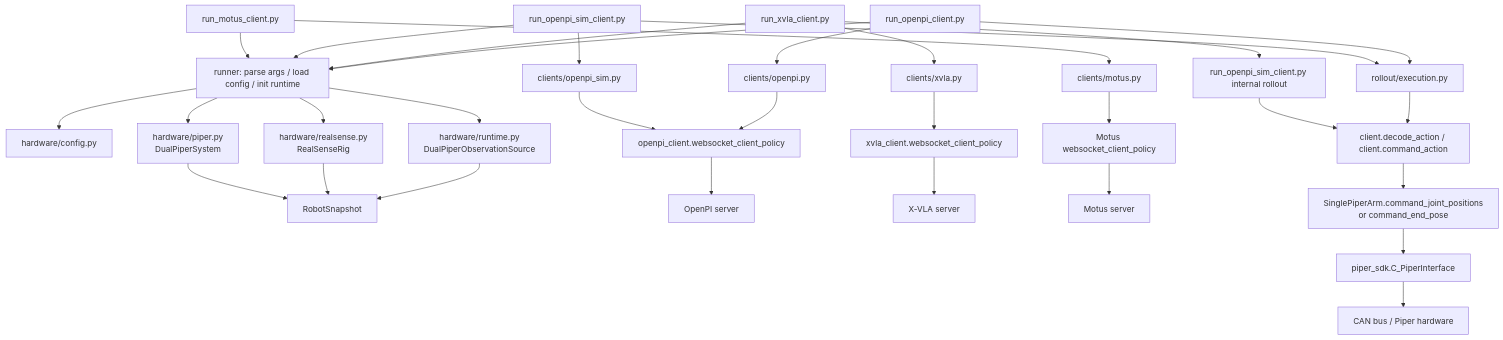
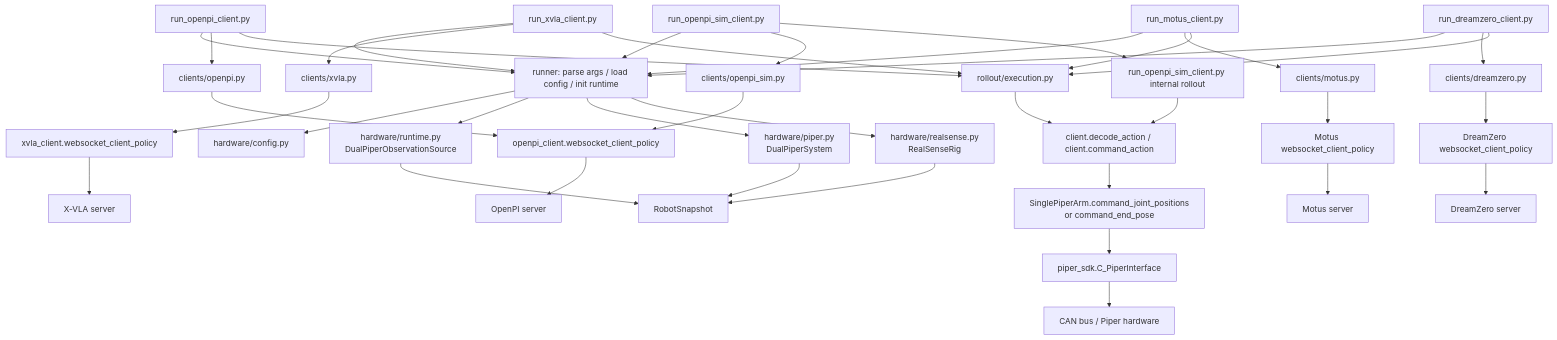
The first of 6 diagrams in docs/deploy_call_chain.md (ZhaoRunyi/challenge_deploy), drawn with Mermaid before and after one commit. The commit also changed other lines of this file and 26 other files, not shown here.

````diff
--- a/docs/deploy_call_chain.md
+++ b/docs/deploy_call_chain.md
@@ -22,41 +23,47 @@
 ```mermaid
 flowchart TD
     A[run_openpi_client.py] --> R
     B[run_xvla_client.py] --> R
     C[run_openpi_sim_client.py] --> R
     D[run_motus_client.py] --> R
+    E[run_dreamzero_client.py] --> R
 
     R[runner: parse args / load config / init runtime] --> CFG[hardware/config.py]
     R --> OBS[hardware/runtime.py<br/>DualPiperObservationSource]
     R --> ROBOT[hardware/piper.py<br/>DualPiperSystem]
     R --> CAM[hardware/realsense.py<br/>RealSenseRig]
 
     OBS --> SNAP[RobotSnapshot]
     CAM --> SNAP
     ROBOT --> SNAP
 
     A --> OA[clients/openpi.py]
     B --> XA[clients/xvla.py]
     C --> SA[clients/openpi_sim.py]
     D --> MA[clients/motus.py]
+    E --> DA[clients/dreamzero.py]
 
     OA --> WS1[openpi_client.websocket_client_policy]
     XA --> WSX[xvla_client.websocket_client_policy]
     SA --> WS1
     MA --> WS2[Motus websocket_client_policy]
+    DA --> WSD[DreamZero websocket_client_policy]
 
     WS1 --> S1[OpenPI server]
     WSX --> SX[X-VLA server]
     WS2 --> S2[Motus server]
+    WSD --> SD[DreamZero server]
 
     A --> ROLL[rollout/execution.py]
-    C --> ROLL
-    B --> SIMROLL[run_openpi_sim_client.py internal rollout]
+    B --> ROLL
+    D --> ROLL
+    E --> ROLL
+    C --> SIMROLL[run_openpi_sim_client.py internal rollout]
 
     ROLL --> CMD[client.decode_action / client.command_action]
     SIMROLL --> CMD
 
     CMD --> ARM[SinglePiperArm.command_joint_positions<br/>or command_end_pose]
     ARM --> SDK[piper_sdk.C_PiperInterface]
     SDK --> CAN[CAN bus / Piper hardware]
 ```
````
